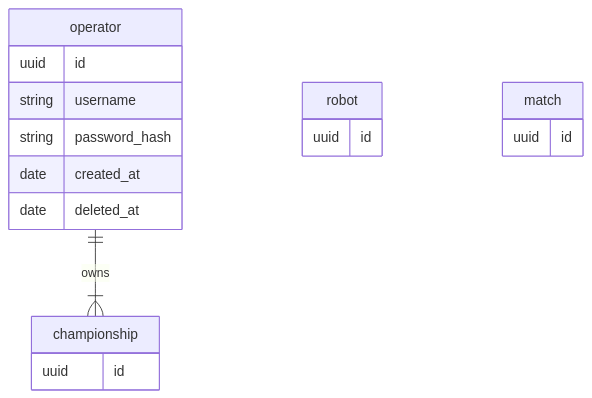
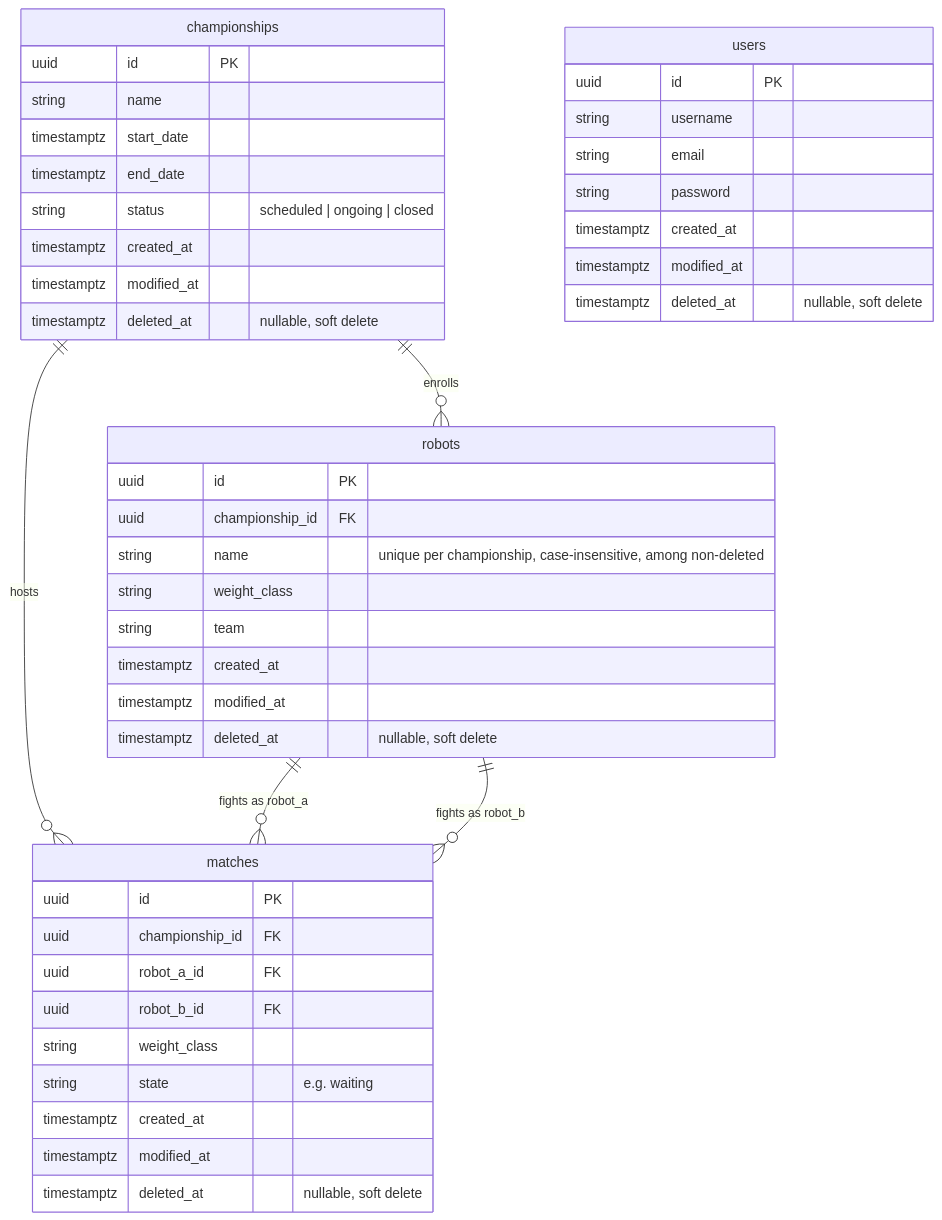
Before and after one commit to UTFPR-Oficinas-2/crossliseu: the diagram in docs/database-model.md, drawn with Mermaid.

````diff
--- a/docs/database-model.md
+++ b/docs/database-model.md
@@ -1,26 +1,54 @@
 ```mermaid
 ---
 config:
   theme: default
   look: classic
   layout: dagre
 ---
 erDiagram
-  operator ||--|{ championship : owns
-  operator {
-    uuid id
+  championships ||--o{ robots : "enrolls"
+  championships ||--o{ matches : "hosts"
+  robots ||--o{ matches : "fights as robot_a"
+  robots ||--o{ matches : "fights as robot_b"
+
+  users {
+    uuid id PK
     string username
-    string password_hash
-    date created_at
-    date deleted_at
+    string email
+    string password
+    timestamptz created_at
+    timestamptz modified_at
+    timestamptz deleted_at "nullable, soft delete"
   }
-  championship {
-    uuid id
+  championships {
+    uuid id PK
+    string name
+    timestamptz start_date
+    timestamptz end_date
+    string status "scheduled | ongoing | closed"
+    timestamptz created_at
+    timestamptz modified_at
+    timestamptz deleted_at "nullable, soft delete"
   }
-  robot {
-    uuid id
+  robots {
+    uuid id PK
+    uuid championship_id FK
+    string name "unique per championship, case-insensitive, among non-deleted"
+    string weight_class
+    string team
+    timestamptz created_at
+    timestamptz modified_at
+    timestamptz deleted_at "nullable, soft delete"
   }
-  match {
-    uuid id
+  matches {
+    uuid id PK
+    uuid championship_id FK
+    uuid robot_a_id FK
+    uuid robot_b_id FK
+    string weight_class
+    string state "e.g. waiting"
+    timestamptz created_at
+    timestamptz modified_at
+    timestamptz deleted_at "nullable, soft delete"
   }
 ```
````
